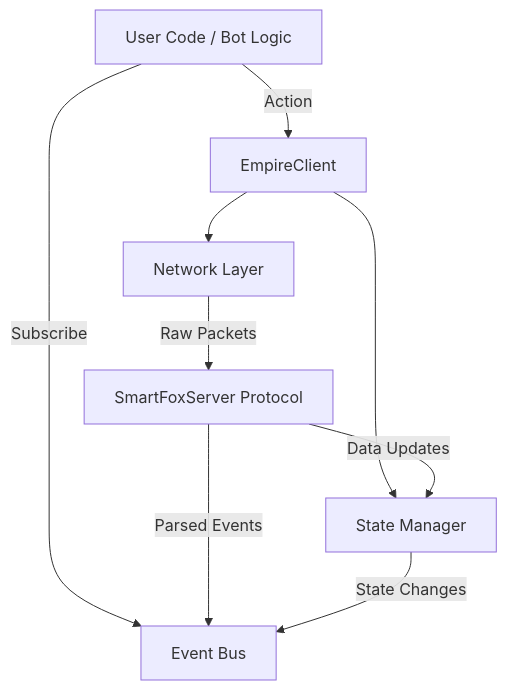
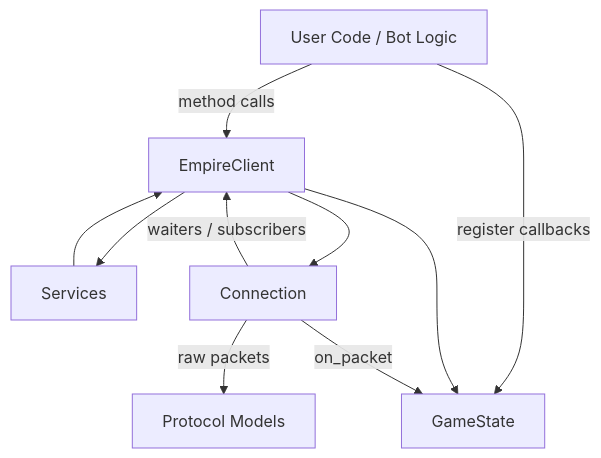
The diagram in docs/design/architecture.md (eschnitzler/EmpireCore), drawn with Mermaid before and after one commit. The commit also changed other lines of this file and 6 other files, not shown here.

````diff
--- a/docs/design/architecture.md
+++ b/docs/design/architecture.md
@@ -7,14 +13,14 @@
 ```mermaid
 graph TD
-    User[User Code / Bot Logic] -->|Subscribe| Events[Event Bus]
-    User -->|Action| Client[EmpireClient]
-    
-    Client --> State[State Manager]
-    Client --> Network[Network Layer]
-    
-    Network -->|Raw Packets| SFS[SmartFoxServer Protocol]
-    SFS -->|Parsed Events| Events
-    SFS -->|Data Updates| State
-    
-    State -->|State Changes| Events
+    User[User Code / Bot Logic] -->|method calls| Client[EmpireClient]
+    User -->|register callbacks| State[GameState]
+
+    Client --> Services[Services]
+    Client --> State
+    Client --> Network[Connection]
+
+    Services --> Client
+    Network -->|raw packets| Protocol[Protocol Models]
+    Network -->|on_packet| State
+    Network -->|waiters / subscribers| Client
 ```
````
